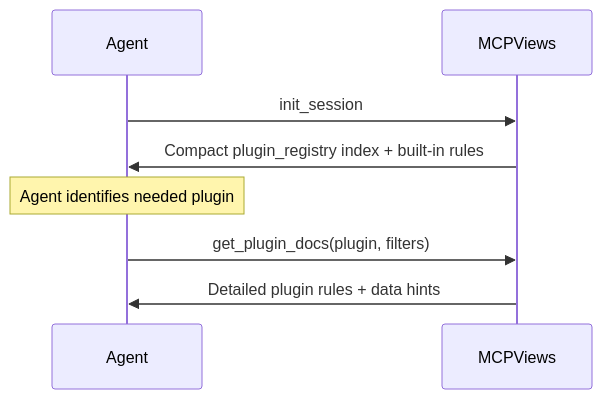
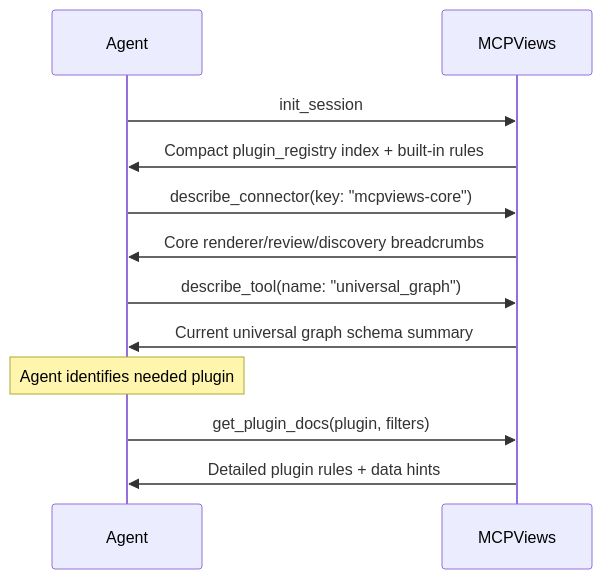
Before and after one commit to DeeJanuz/mcp-mux: the second of 2 diagrams in docs/api-reference.md, drawn with Mermaid. The commit also changed other lines of this file and 14 other files, not shown here.

Commit message:
Update MCPViews universal graph discovery and docs

````diff
--- a/docs/api-reference.md
+++ b/docs/api-reference.md
@@ -802,11 +868,15 @@
 ```mermaid
 sequenceDiagram
     participant Agent as Agent
     participant MV as MCPViews
 
     Agent->>MV: init_session
     MV->>Agent: Compact plugin_registry index + built-in rules
+    Agent->>MV: describe_connector(key: "mcpviews-core")
+    MV->>Agent: Core renderer/review/discovery breadcrumbs
+    Agent->>MV: describe_tool(name: "universal_graph")
+    MV->>Agent: Current universal graph schema summary
     Note over Agent: Agent identifies needed plugin
     Agent->>MV: get_plugin_docs(plugin, filters)
     MV->>Agent: Detailed plugin rules + data hints
 ```
````
